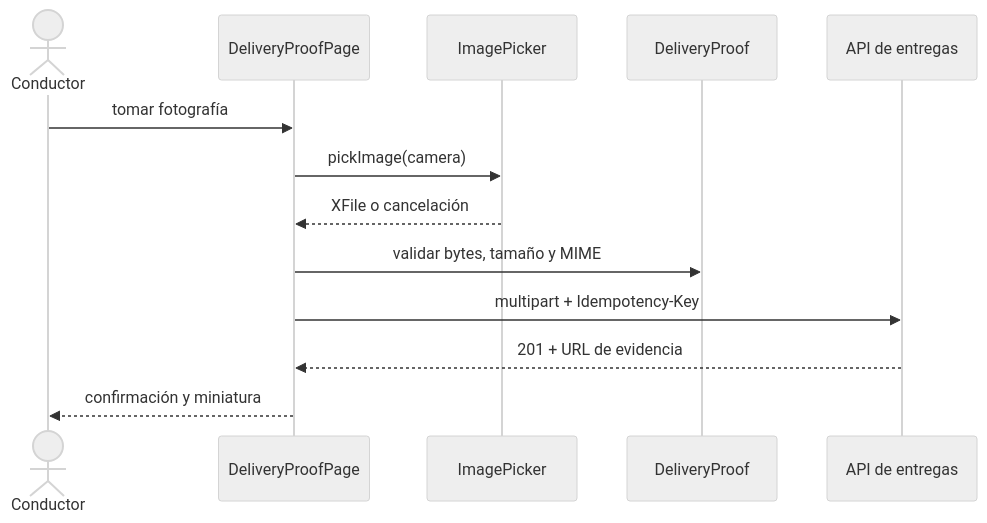
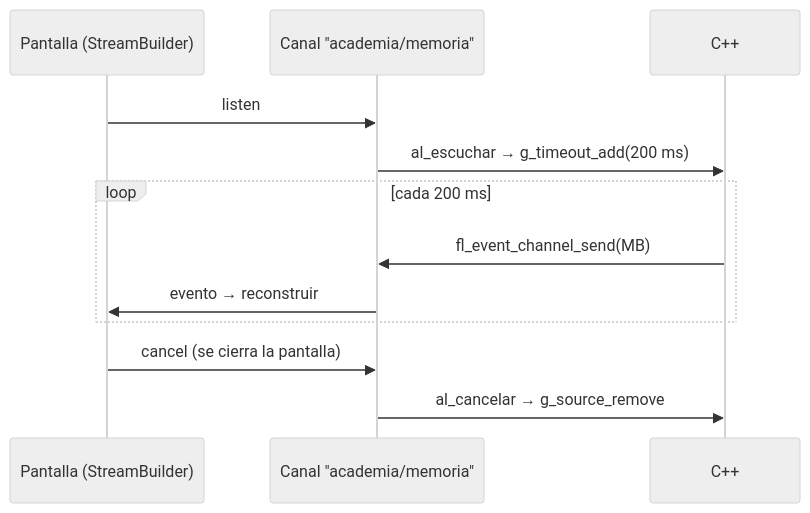
Before and after one commit to NICORUIZ93/The_Imperial_Book: the second of 5 diagrams in web/public/content/flutter/modulo-7.md, drawn with Mermaid (neutral theme). The commit also changed other lines of this file and 5 other files, not shown here.

````diff
--- a/web/public/content/flutter/modulo-7.md
+++ b/web/public/content/flutter/modulo-7.md
@@ -494,15 +507,14 @@
 ```mermaid
 sequenceDiagram
-  actor C as Conductor
-  participant UI as DeliveryProofPage
-  participant P as ImagePicker
-  participant D as DeliveryProof
-  participant API as API de entregas
-  C->>UI: tomar fotografía
-  UI->>P: pickImage(camera)
-  P-->>UI: XFile o cancelación
-  UI->>D: validar bytes, tamaño y MIME
-  UI->>API: multipart + Idempotency-Key
-  API-->>UI: 201 + URL de evidencia
-  UI-->>C: confirmación y miniatura
+    participant P as Pantalla (StreamBuilder)
+    participant C as Canal "academia/memoria"
+    participant N as C++
+    P->>C: listen
+    C->>N: al_escuchar → g_timeout_add(200 ms)
+    loop cada 200 ms
+        N->>C: fl_event_channel_send(MB)
+        C->>P: evento → reconstruir
+    end
+    P->>C: cancel (se cierra la pantalla)
+    C->>N: al_cancelar → g_source_remove
 ```
````
